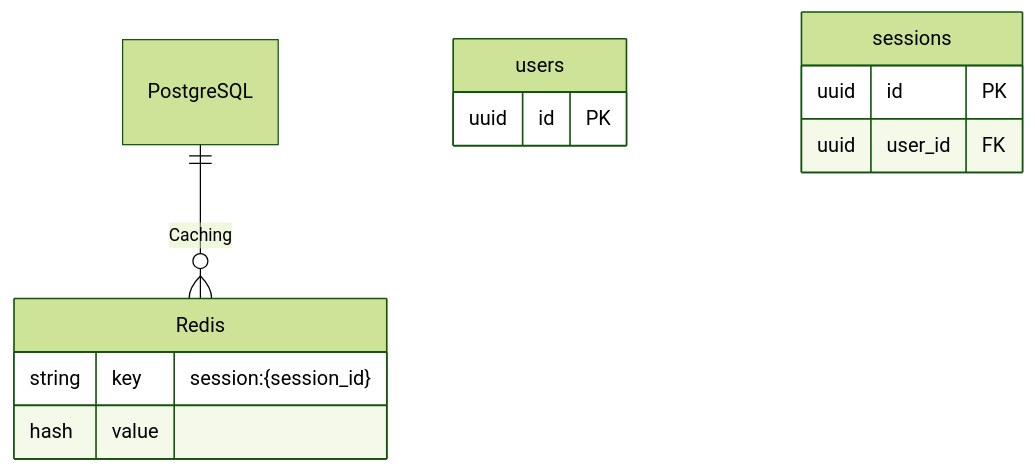
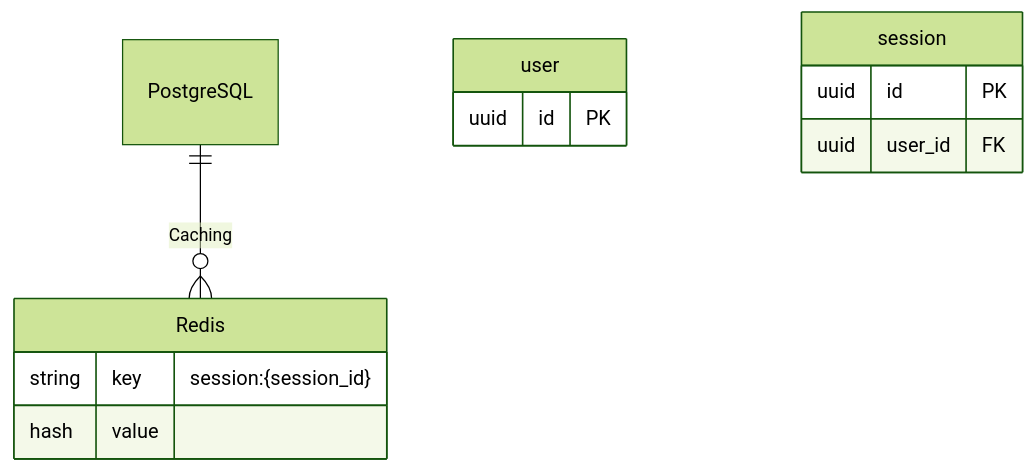
One commit to OpenHealthAgents/AI-RxOS changed diagram 17 of 21 in architecture/09-er-diagrams.md. Above: the diagram before and after it, drawn with Mermaid (forest theme). The commit also changed other lines of this file and 13 other files, not shown here.

Commit message:
docs: Migrate from PGVector to LLM Wiki (OKF/qmd) and integrate Better Auth across requirement documents & deployment diagrams

````diff
--- a/architecture/09-er-diagrams.md
+++ b/architecture/09-er-diagrams.md
@@ -1213,18 +1218,18 @@
 ```mermaid
 erDiagram
     PostgreSQL ||--o{ Redis : "Caching"
     
-    users {
+    user {
         uuid id PK
     }
     
-    sessions {
+    session {
         uuid id PK
         uuid user_id FK
     }
     
     Redis {
         string key "session:{session_id}"
         hash value
     }
 ```
````
